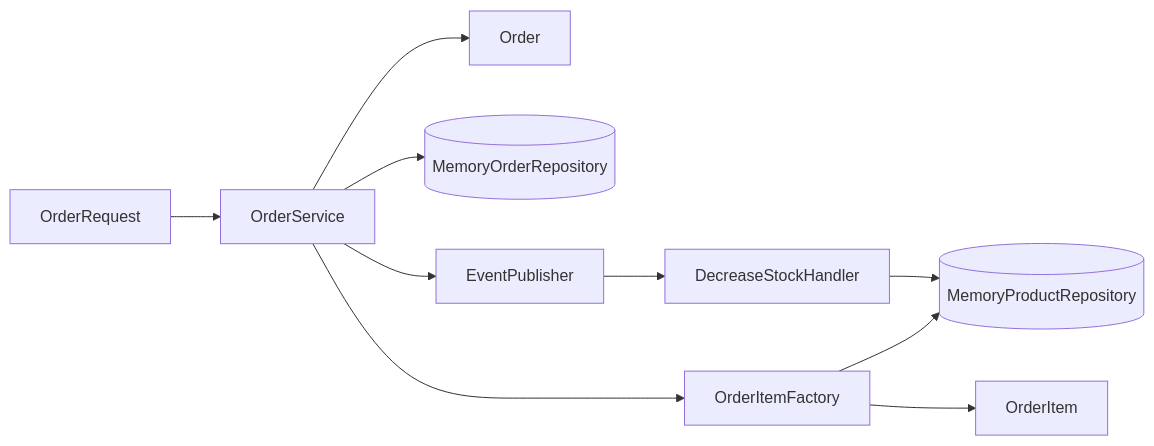
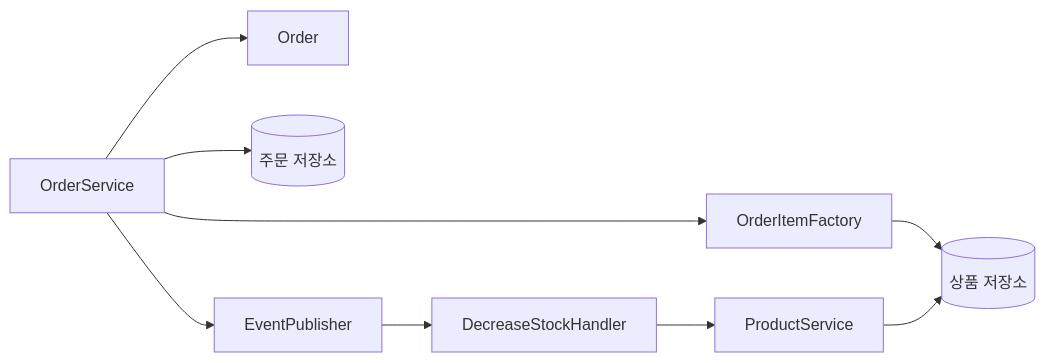
The first of 5 diagrams in .projectcode/wiki/scenarios.md (busan-bank-2026/ddd-example), drawn with Mermaid before and after one commit. The commit also changed other lines of this file and 6 other files, not shown here.

````diff
--- a/.projectcode/wiki/scenarios.md
+++ b/.projectcode/wiki/scenarios.md
@@ -11,12 +9,11 @@
 ```mermaid
 flowchart LR
-  A[OrderRequest] --> B[OrderService]
-  B --> C[OrderItemFactory]
-  C --> D[(MemoryProductRepository)]
-  C --> E[OrderItem]
-  B --> F[Order]
-  B --> G[(MemoryOrderRepository)]
-  B --> H[EventPublisher]
-  H --> I[DecreaseStockHandler]
-  I --> D
+  A[OrderService] --> B[OrderItemFactory]
+  B --> C[(상품 저장소)]
+  A --> D[Order]
+  A --> E[(주문 저장소)]
+  A --> F[EventPublisher]
+  F --> G[DecreaseStockHandler]
+  G --> H[ProductService]
+  H --> C
 ```
````
